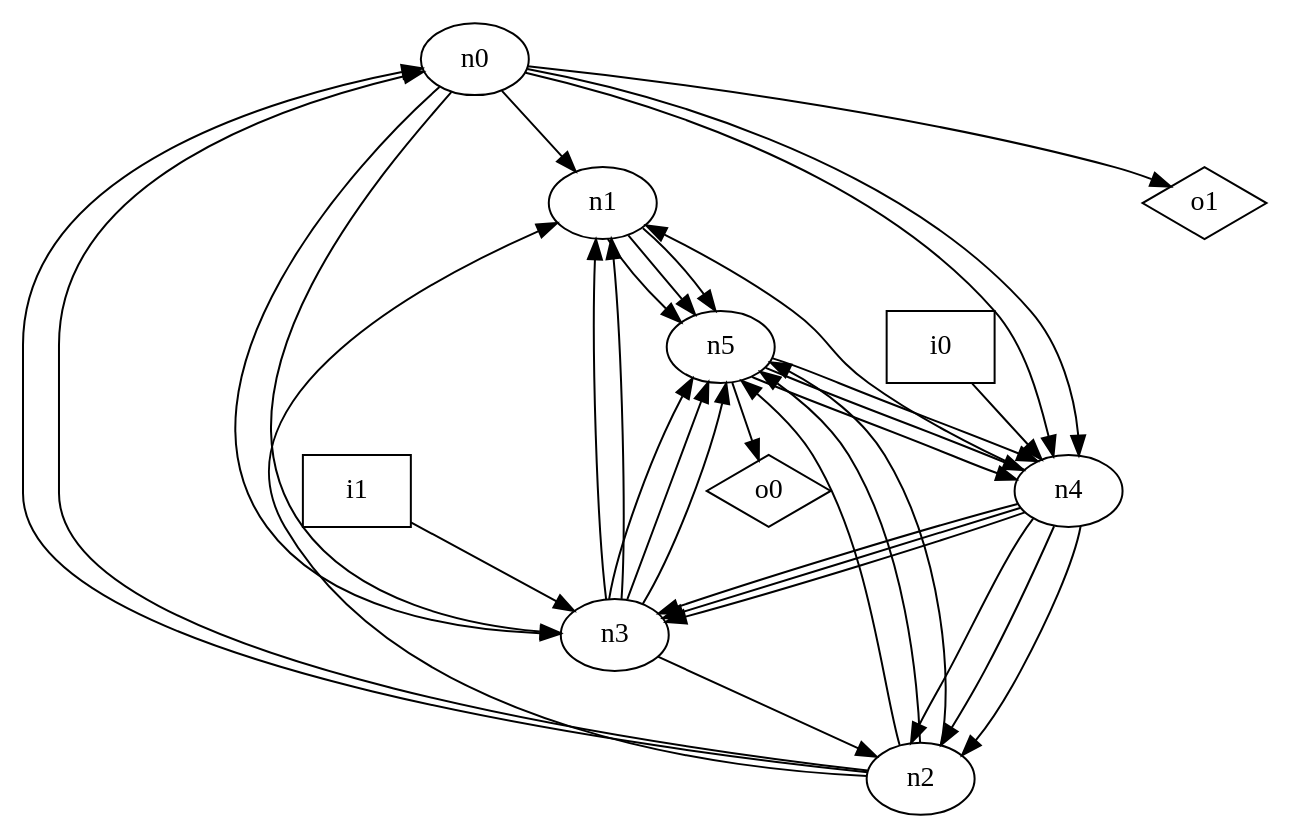
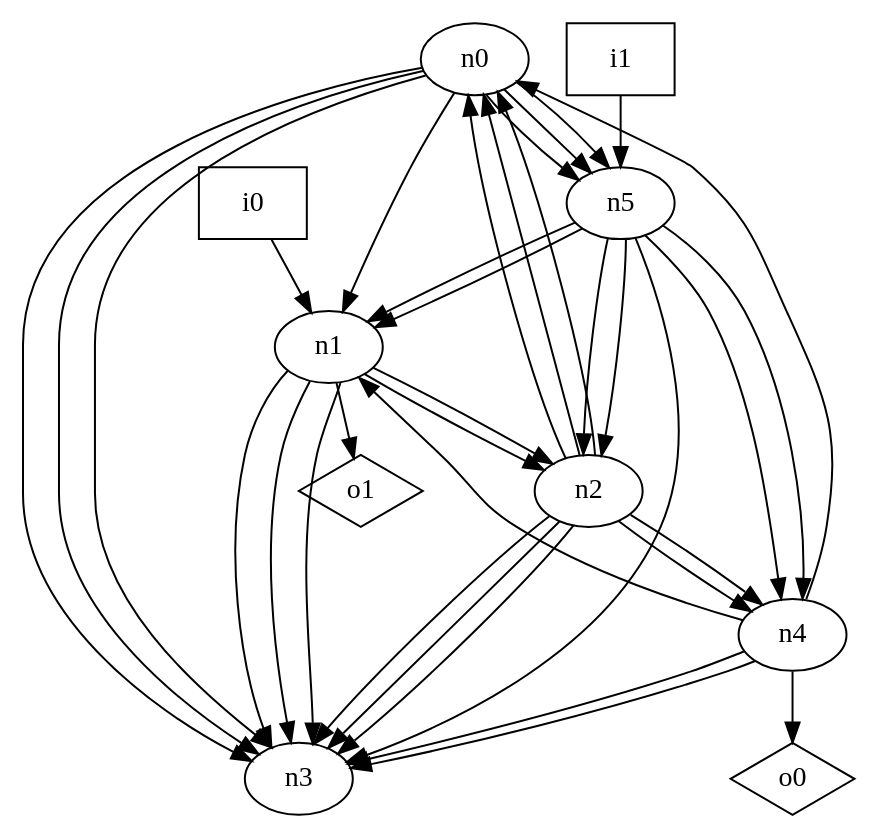
Before and after one commit to p9romain/bool-circuits: the diagram in dot_files/random/random_oriented_graph.dot, drawn with Graphviz. The commit also changed 53 other files, not shown here.

```diff
--- a/dot_files/random/random_oriented_graph.dot
+++ b/dot_files/random/random_oriented_graph.dot
@@ -1,46 +1,47 @@
 digraph G {
 n0 [label="n0"];
 n1 [label="n1"];
 n2 [label="n2"];
 n3 [label="n3"];
 n4 [label="n4"];
 n5 [label="n5"];
 n6 [label="i0",shape="box"];
 n7 [label="i1",shape="box"];
 n8 [label="o0",shape="diamond"];
 n9 [label="o1",shape="diamond"];
 n0 -> n1
 n0 -> n3
 n0 -> n3
-n0 -> n4
-n0 -> n4
-n0 -> n9
-n1 -> n5
-n1 -> n5
-n1 -> n5
+n0 -> n3
+n0 -> n5
+n0 -> n5
+n0 -> n5
+n1 -> n2
+n1 -> n2
+n1 -> n3
+n1 -> n3
+n1 -> n3
+n1 -> n9
 n2 -> n0
 n2 -> n0
-n2 -> n1
-n2 -> n5
-n2 -> n5
-n2 -> n5
-n3 -> n1
-n3 -> n1
-n3 -> n2
-n3 -> n5
-n3 -> n5
-n3 -> n5
+n2 -> n0
+n2 -> n3
+n2 -> n3
+n2 -> n3
+n2 -> n4
+n2 -> n4
+n4 -> n0
 n4 -> n1
-n4 -> n2
-n4 -> n2
-n4 -> n2
 n4 -> n3
 n4 -> n3
-n4 -> n3
+n4 -> n8
+n5 -> n1
+n5 -> n1
+n5 -> n2
+n5 -> n2
+n5 -> n3
 n5 -> n4
 n5 -> n4
-n5 -> n4
-n5 -> n8
-n6 -> n4
-n7 -> n3
+n6 -> n1
+n7 -> n5
 }
```
